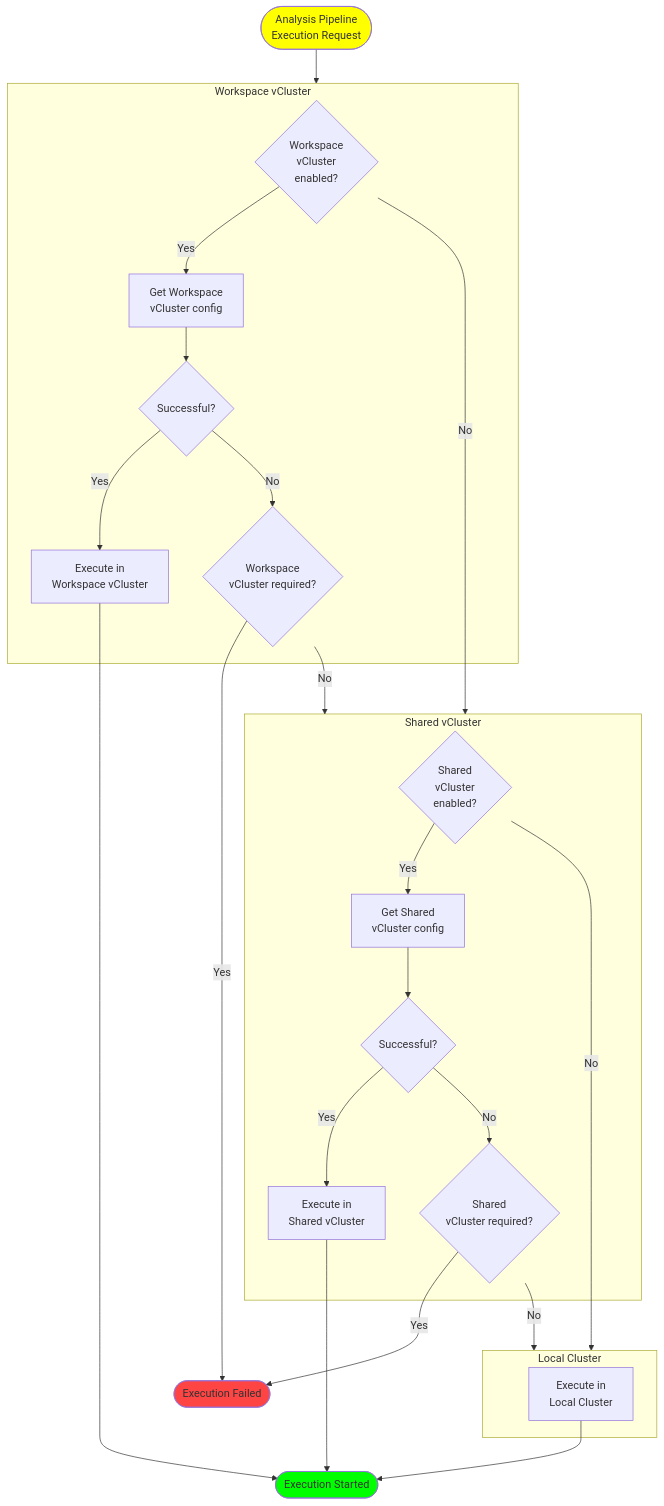
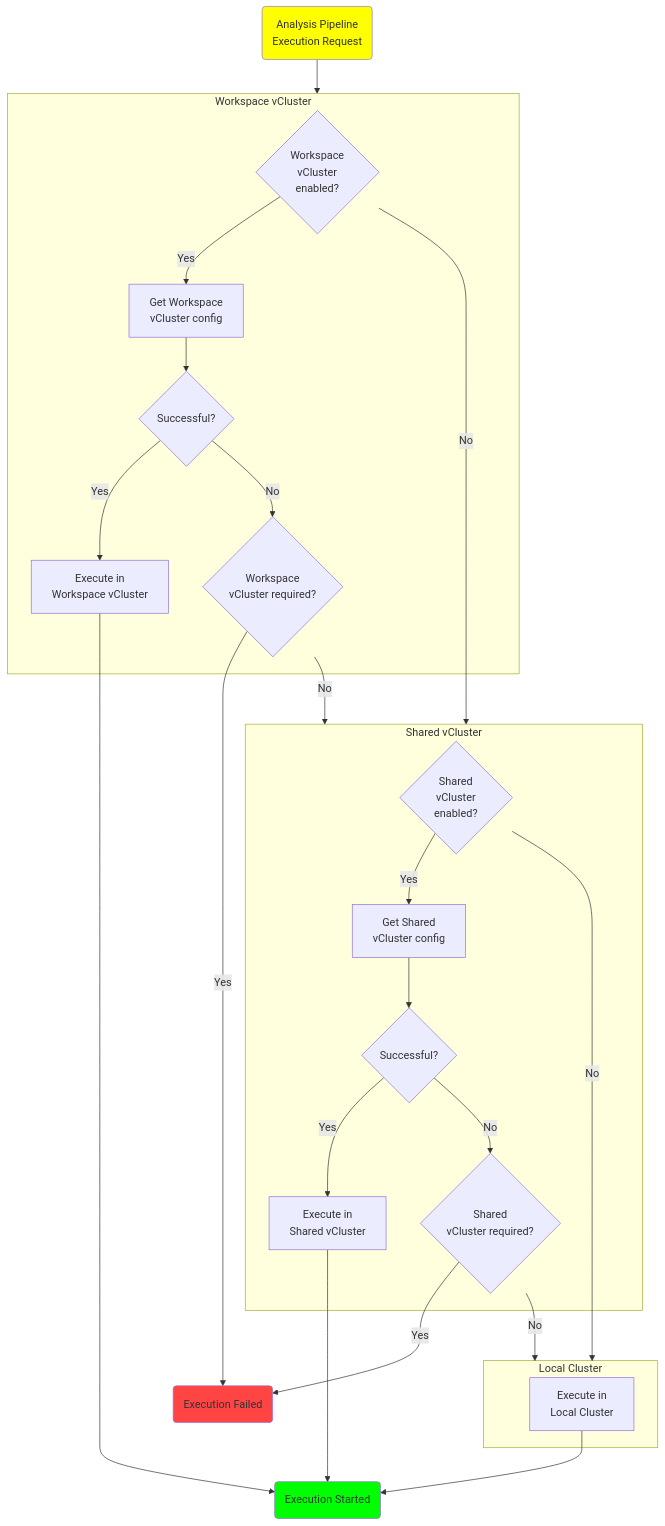
One commit to EOEPCA/application-quality changed the diagram in docs/design/architecture.md. Above: the diagram before and after it, drawn with Mermaid. The commit also changed other lines of this file and 2 other files, not shown here.

Commit message:
Fixed mermaid diagram and mkdocs plugin configuration

````diff
--- a/docs/design/architecture.md
+++ b/docs/design/architecture.md
@@ -100,48 +100,48 @@
 ```mermaid
 flowchart TD
-    A@{ shape: "stadium", label: "Analysis Pipeline
-    Execution Request" }
+    A(Analysis Pipeline
+    Execution Request)
     style A fill:#FFFF00
     A --> WvC
     subgraph WvC [Workspace vCluster]
         C1{Workspace
         vCluster
         enabled?}
         C1 -->|Yes| C2[Get Workspace
         vCluster config]
         C2 --> C3{Successful?}
         C3 -->|Yes| C4[Execute in
         Workspace vCluster]
         C3 -->|No| C5{Workspace
         vCluster required?}
     end
     C1 -->|No| SvC
     C5 -->|No| SvC
     C5 -->|Yes| Z
     subgraph SvC [Shared vCluster]
         D1{Shared
         vCluster
         enabled?}
         D1 -->|Yes| D2[Get Shared
         vCluster config]
         D2 --> D3{Successful?}
         D3 -->|Yes| D4[Execute in
         Shared vCluster]
         D3 -->|No| D5{Shared
         vCluster required?}
     end
     D1 -->|No| Loc
     D5 -->|Yes| Z
     D5 -->|No| Loc
     subgraph Loc [Local Cluster]
         E1[Execute in
         Local Cluster]
     end
     C4 --> Y
     D4 --> Y
     E1 --> Y
-    Y@{ shape: "stadium", label: "Execution Started" }
-    Z@{ shape: "stadium", label: "Execution Failed" }
+    Y(Execution Started)
+    Z(Execution Failed)
     style Y fill:#00FF00
     style Z fill:#FF4444
 ```
````
